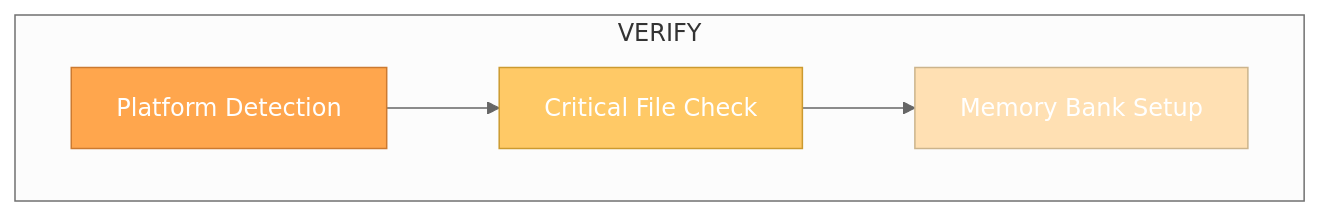
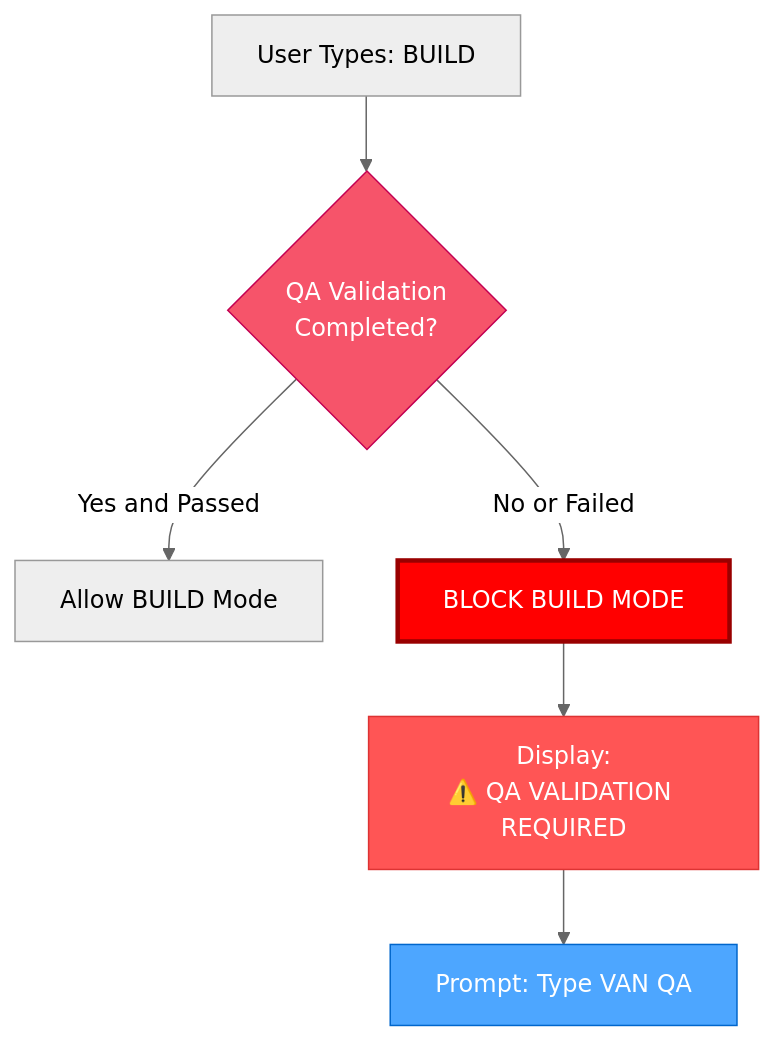
Before and after one commit to ubranch/shotgun: the seventh of 13 diagrams in .cursor/rules/isolation_rules/visual-maps/van_mode_split/van-mode-map.mdc, drawn with Mermaid (neutral theme). The commit also changed other lines of this file and 81 other files, not shown here.

Commit message:
feat: introduce new creative and implementation modes; enhance memory bank structure with detailed context documentation and visual process maps for improved workflow management

````diff
--- a/.cursor/rules/isolation_rules/visual-maps/van_mode_split/van-mode-map.mdc
+++ b/.cursor/rules/isolation_rules/visual-maps/van_mode_split/van-mode-map.mdc
@@ -29,15 +247,13 @@
 ```mermaid
 graph TD
-    subgraph "VERIFY"
-        Platform["Platform Detection"]
-        Files["Critical File Check"]
-        MemoryBank["Memory Bank Setup"]
-    end
+    Start["User Types: BUILD"] --> CheckQA{"QA Validation<br>Completed?"}
+    CheckQA -->|"Yes and Passed"| AllowBuild["Allow BUILD Mode"]
+    CheckQA -->|"No or Failed"| BlockBuild["BLOCK BUILD MODE"]
+    BlockBuild --> Message["Display:<br>⚠️ QA VALIDATION REQUIRED"]
+    Message --> ReturnToVANQA["Prompt: Type VAN QA"]
     
-    Platform --> Files
-    Files --> MemoryBank
-    
-    style Platform fill:#ffa64d,stroke:#cc7a30,color:white
-    style Files fill:#ffc966,stroke:#cc9a30,color:white
-    style MemoryBank fill:#ffe0b3,stroke:#ccb48c,color:white
+    style CheckQA fill:#f6546a,stroke:#c30052,color:white
+    style BlockBuild fill:#ff0000,stroke:#990000,color:white,stroke-width:3px
+    style Message fill:#ff5555,stroke:#dd3333,color:white
+    style ReturnToVANQA fill:#4da6ff,stroke:#0066cc,color:white
 ```
````
